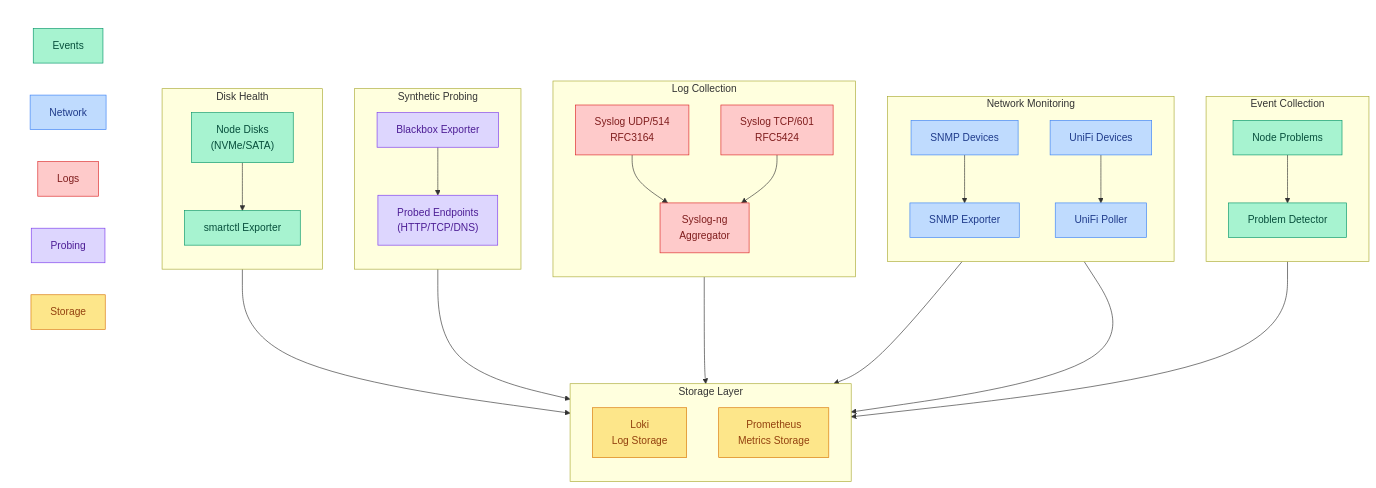
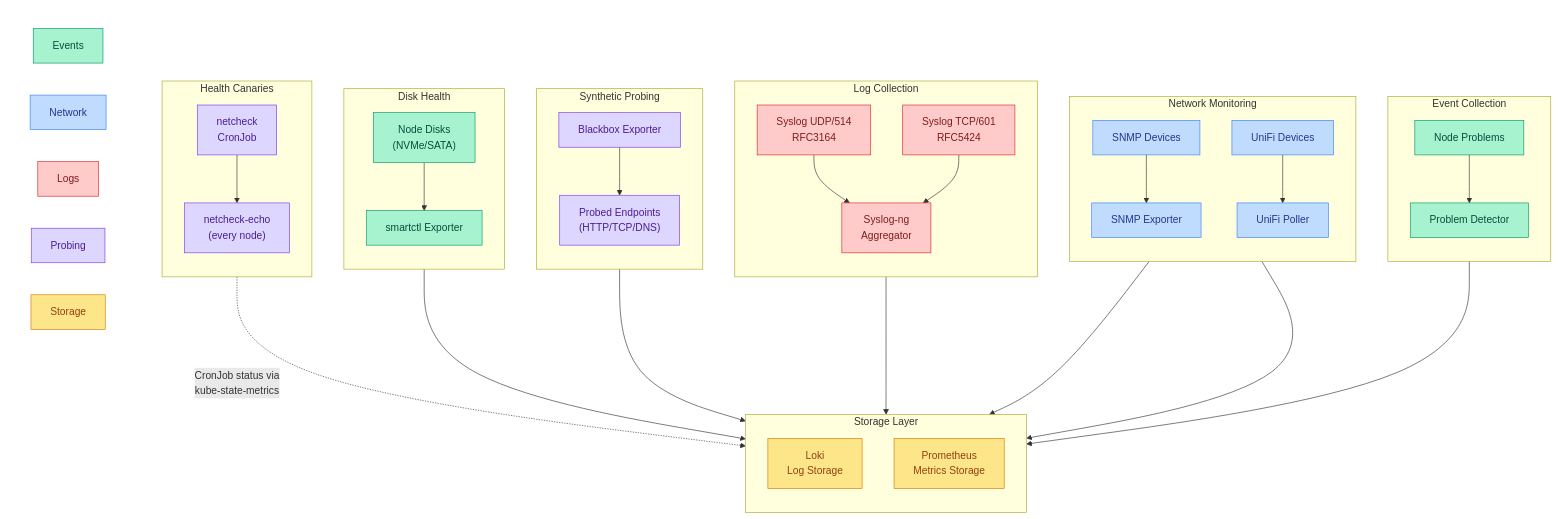
Before and after one commit to ppat/homelab-ops-kubernetes-apps: the diagram in infrastructure/subsystems/observability-extra/README.md, drawn with Mermaid. The commit also changed other lines of this file and 13 other files, not shown here.

First line of the commit message:
feat(infra-observability-extra): add a pod networking and DNS canary with CronJob-status alert rules (#4593)

```diff
--- a/infrastructure/subsystems/observability-extra/README.md
+++ b/infrastructure/subsystems/observability-extra/README.md
@@ -111,6 +124,13 @@
         smartctl-exporter["smartctl Exporter"]:::event
     end
 
+    %% Health Canaries
+    subgraph canaries["Health Canaries"]
+        direction TB
+        netcheck["netcheck<br/>CronJob"]:::probe
+        echo["netcheck-echo<br/>(every node)"]:::probe
+    end
+
     %% Storage
     subgraph storage["Storage Layer"]
         direction TB
@@ -141,6 +161,10 @@
     blackbox-exporter --> probe-targets
     blackbox-exporter --> prometheus
 
+    %% Canary Flow
+    netcheck --> echo
+    netcheck -. "CronJob status via<br/>kube-state-metrics" .-> prometheus
+
     %% Legend
     subgraph Legend[" "]
         direction LR
```
